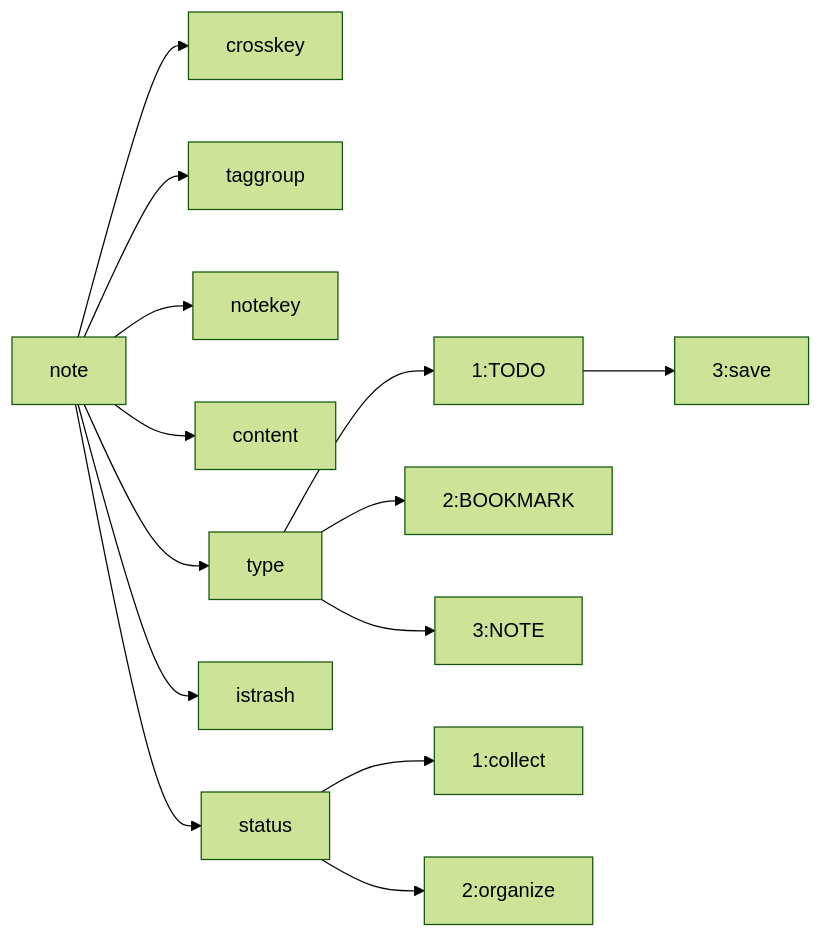
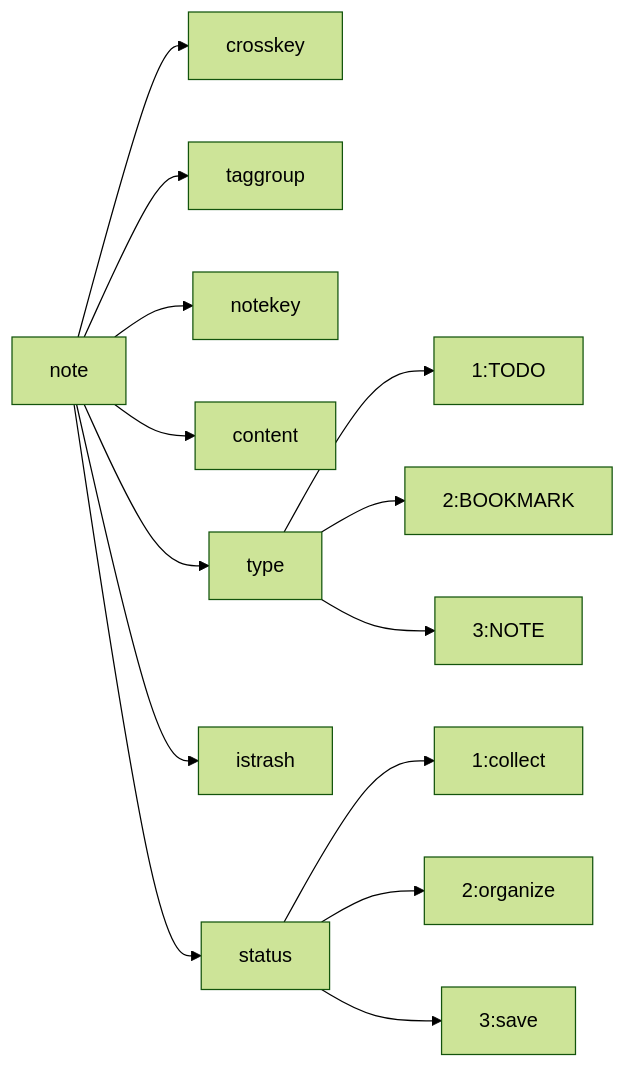
One commit to Binge/api changed the second of 3 diagrams in README.md. Above: the diagram before and after it, drawn with Mermaid (forest theme).

````diff
--- a/README.md
+++ b/README.md
@@ -34,16 +34,16 @@
 ```mermaid
 flowchart LR
 A[note] --> B[crosskey]
 A --> C[taggroup]
 A --> D[notekey]
 A --> E[content]
 A --> K[type]
 A --> L[istrash]
 A --> M[status]
 K --> N[1:TODO]
 K --> O[2:BOOKMARK]
 K --> P[3:NOTE]
 M --> R[1:collect]
 M --> S[2:organize]
-N --> T[3:save]
+M --> T[3:save]
 ```
````
